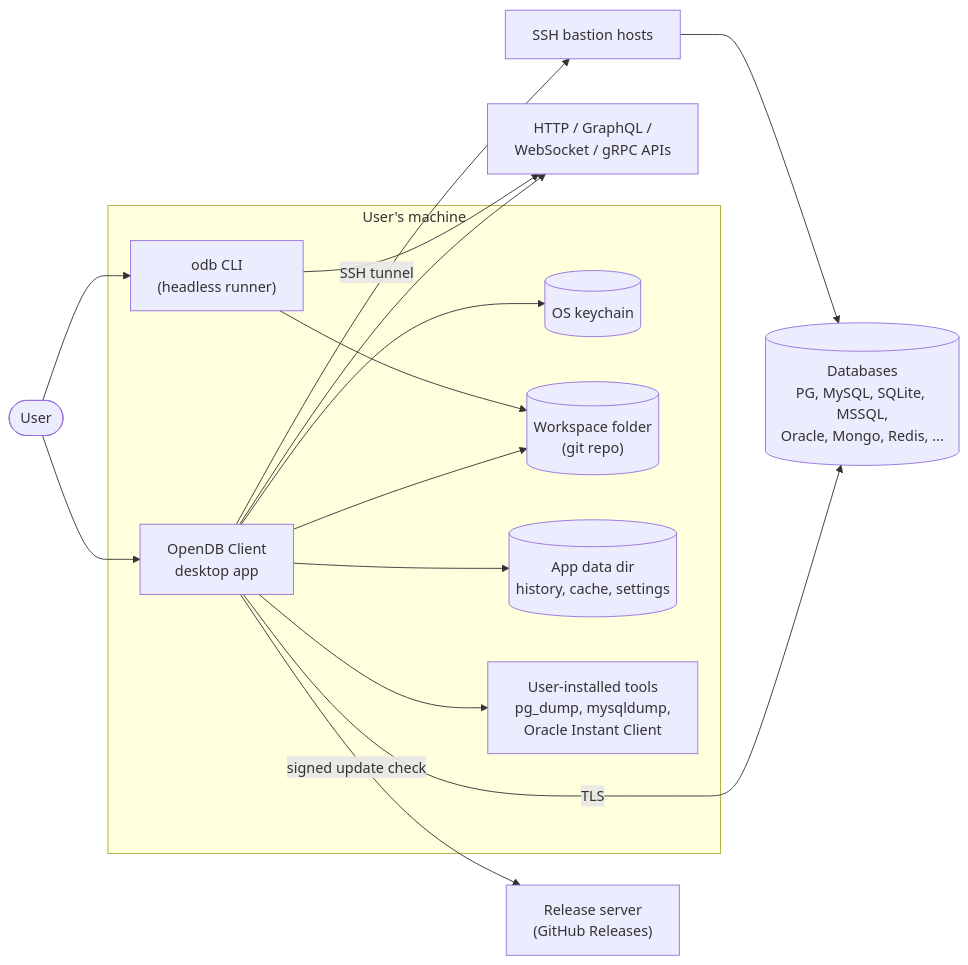
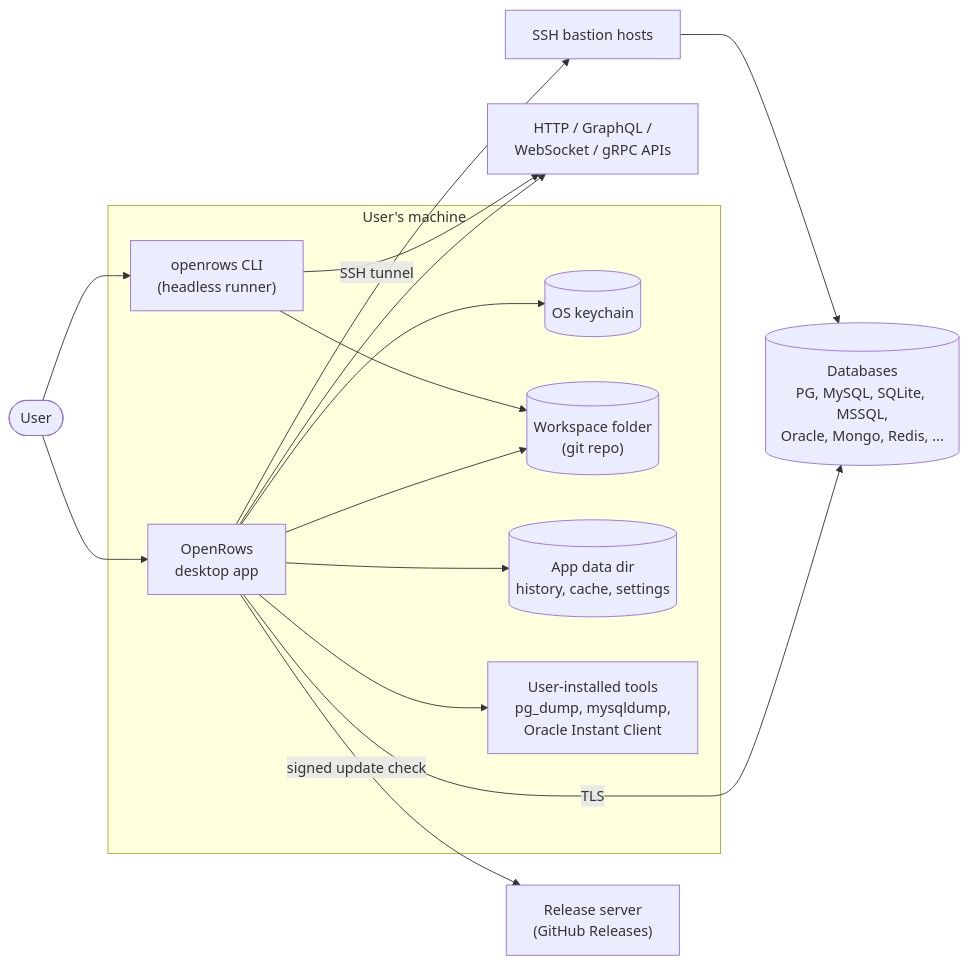
Before and after one commit to theetaz/open-rows: the first of 6 diagrams in docs/03-architecture-overview.md, drawn with Mermaid. The commit also changed other lines of this file and 31 other files, not shown here.

First line of the commit message:
docs: rename project to OpenRows

````diff
--- a/docs/03-architecture-overview.md
+++ b/docs/03-architecture-overview.md
@@ -18,29 +18,29 @@
 ```mermaid
 flowchart LR
     user(["User"])
     subgraph machine["User's machine"]
-        app["OpenDB Client<br/>desktop app"]
-        cli["odb CLI<br/>(headless runner)"]
+        app["OpenRows<br/>desktop app"]
+        cli["openrows CLI<br/>(headless runner)"]
         keychain[("OS keychain")]
         files[("Workspace folder<br/>(git repo)")]
         localdata[("App data dir<br/>history, cache, settings")]
         tools["User-installed tools<br/>pg_dump, mysqldump,<br/>Oracle Instant Client"]
     end
     dbs[("Databases<br/>PG, MySQL, SQLite, MSSQL,<br/>Oracle, Mongo, Redis, ...")]
     apis["HTTP / GraphQL /<br/>WebSocket / gRPC APIs"]
     bastion["SSH bastion hosts"]
     updates["Release server<br/>(GitHub Releases)"]
 
     user --> app
     user --> cli
     app --> keychain
     app --> files
     app --> localdata
     app --> tools
     cli --> files
     app -->|TLS| dbs
     app -->|SSH tunnel| bastion --> dbs
     app --> apis
     cli --> apis
     app -->|signed update check| updates
 ```
````
